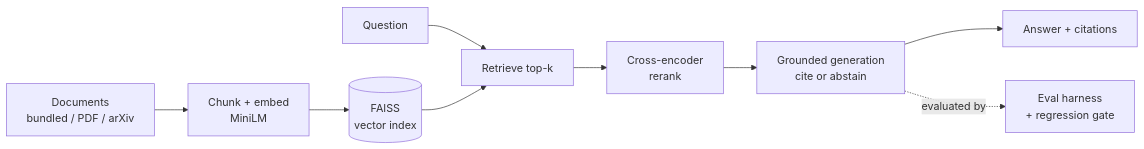
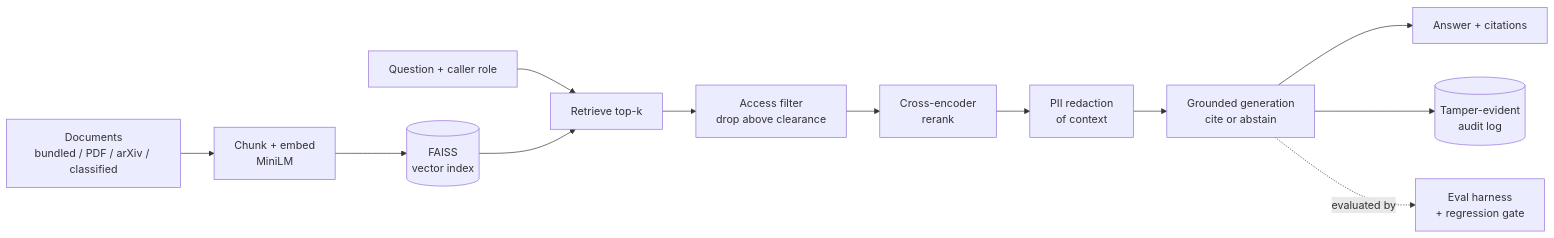
The diagram in README.md (pushkar-awate/grounded-rag), drawn with Mermaid before and after one commit. The commit also changed other lines of this file and 24 other files, not shown here.

First line of the commit message:
Add governance layer: access-scoped retrieval, abstention metrics, audit log, PII redaction

````diff
--- a/README.md
+++ b/README.md
@@ -21,11 +27,14 @@
 ```mermaid
 flowchart LR
-    D[Documents<br/>bundled / PDF / arXiv] --> C[Chunk + embed<br/>MiniLM]
+    D[Documents<br/>bundled / PDF / arXiv / classified] --> C[Chunk + embed<br/>MiniLM]
     C --> V[(FAISS<br/>vector index)]
-    Q[Question] --> R[Retrieve top-k]
+    Q[Question + caller role] --> R[Retrieve top-k]
     V --> R
-    R --> RR[Cross-encoder<br/>rerank]
-    RR --> G[Grounded generation<br/>cite or abstain]
+    R --> AC[Access filter<br/>drop above clearance]
+    AC --> RR[Cross-encoder<br/>rerank]
+    RR --> P[PII redaction<br/>of context]
+    P --> G[Grounded generation<br/>cite or abstain]
     G --> A[Answer + citations]
+    G --> L[(Tamper-evident<br/>audit log)]
     G -.evaluated by.-> E[Eval harness<br/>+ regression gate]
 ```
````
